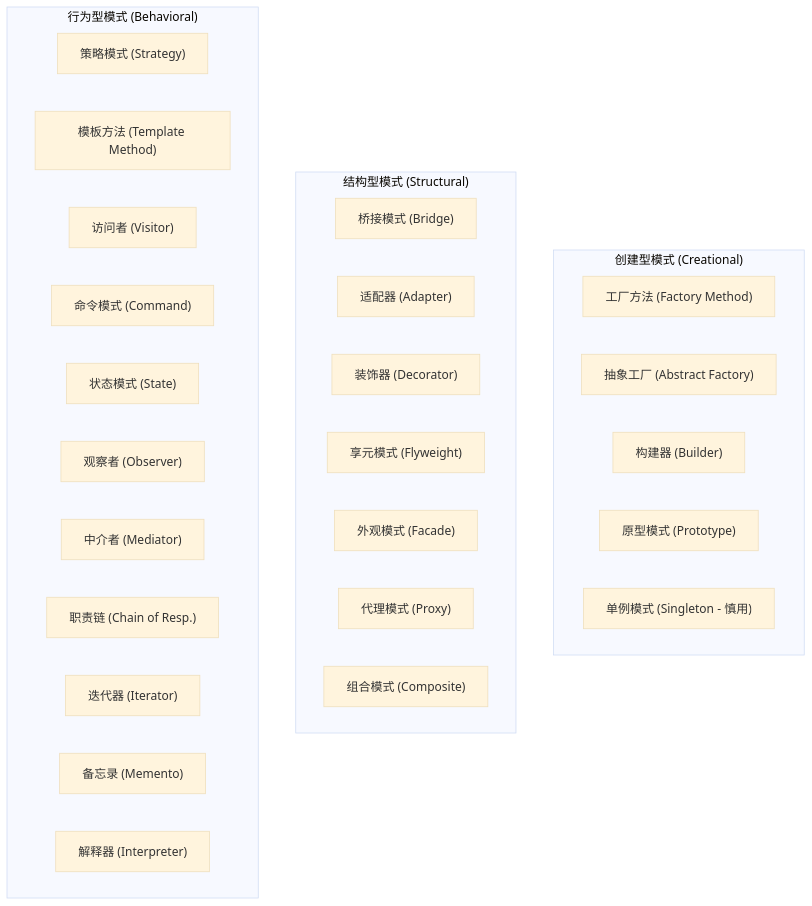
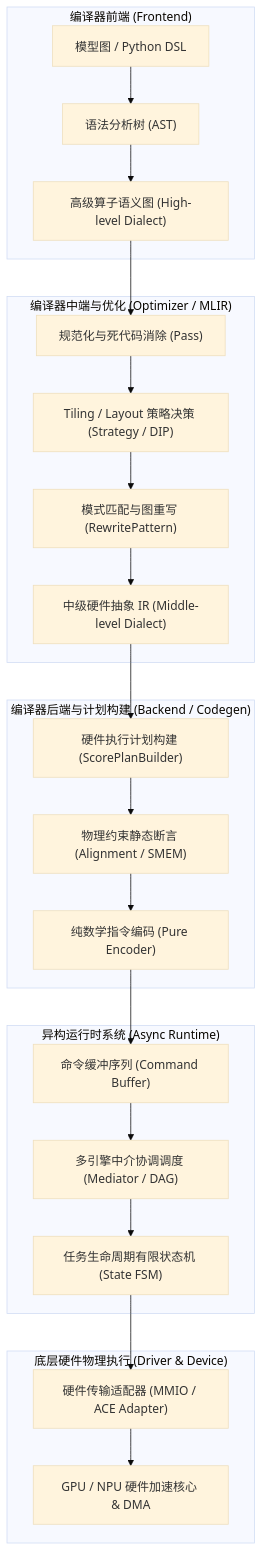
One commit to hqu-little-boy/blog changed the second of 13 diagrams in src/content/posts/heterogeneous-computing-and-ai-compiler-design-patterns-guide.md. Above: the diagram before and after it, drawn with Mermaid (base theme). The commit also changed other lines of this file, not shown here.

Commit message:
docs(patterns): expand heterogeneous computing and AI compiler design patterns guide with comprehensive depth

````diff
--- a/src/content/posts/heterogeneous-computing-and-ai-compiler-design-patterns-guide.md
+++ b/src/content/posts/heterogeneous-computing-and-ai-compiler-design-patterns-guide.md
@@ -174,34 +146,31 @@
 ```mermaid
 flowchart TD
-    subgraph Creational["创建型模式 (Creational)"]
-        F1["工厂方法 (Factory Method)"]
-        F2["抽象工厂 (Abstract Factory)"]
-        F3["构建器 (Builder)"]
-        F4["原型模式 (Prototype)"]
-        F5["单例模式 (Singleton - 慎用)"]
+    subgraph Frontend["编译器前端 (Frontend)"]
+        DSL["模型图 / Python DSL"] --> AST["语法分析树 (AST)"]
+        AST --> HighIR["高级算子语义图 (High-level Dialect)"]
     end
 
-    subgraph Structural["结构型模式 (Structural)"]
-        S1["桥接模式 (Bridge)"]
-        S2["适配器 (Adapter)"]
-        S3["装饰器 (Decorator)"]
-        S4["享元模式 (Flyweight)"]
-        S5["外观模式 (Facade)"]
-        S6["代理模式 (Proxy)"]
-        S7["组合模式 (Composite)"]
+    subgraph CompilerMiddle["编译器中端与优化 (Optimizer / MLIR)"]
+        HighIR --> Canonicalize["规范化与死代码消除 (Pass)"]
+        Canonicalize --> TileStrategy["Tiling / Layout 策略决策 (Strategy / DIP)"]
+        TileStrategy --> Rewriter["模式匹配与图重写 (RewritePattern)"]
+        Rewriter --> MidIR["中级硬件抽象 IR (Middle-level Dialect)"]
     end
 
-    subgraph Behavioral["行为型模式 (Behavioral)"]
-        B1["策略模式 (Strategy)"]
-        B2["模板方法 (Template Method)"]
-        B3["访问者 (Visitor)"]
-        B4["命令模式 (Command)"]
-        B5["状态模式 (State)"]
-        B6["观察者 (Observer)"]
-        B7["中介者 (Mediator)"]
-        B8["职责链 (Chain of Resp.)"]
-        B9["迭代器 (Iterator)"]
-        B10["备忘录 (Memento)"]
-        B11["解释器 (Interpreter)"]
+    subgraph BackendPlan["编译器后端与计划构建 (Backend / Codegen)"]
+        MidIR --> PlanBuilder["硬件执行计划构建 (ScorePlanBuilder)"]
+        PlanBuilder --> AssertInvariants["物理约束静态断言 (Alignment / SMEM)"]
+        AssertInvariants --> Codegen["纯数学指令编码 (Pure Encoder)"]
+    end
+
+    subgraph RuntimeEngine["异构运行时系统 (Async Runtime)"]
+        Codegen --> CmdBuf["命令缓冲序列 (Command Buffer)"]
+        CmdBuf --> Scheduler["多引擎中介协调调度 (Mediator / DAG)"]
+        Scheduler --> FSM["任务生命周期有限状态机 (State FSM)"]
+    end
+
+    subgraph HardwareExecution["底层硬件物理执行 (Driver & Device)"]
+        FSM --> Transport["硬件传输适配器 (MMIO / ACE Adapter)"]
+        Transport --> ChipCore["GPU / NPU 硬件加速核心 & DMA"]
     end
 ```
````
